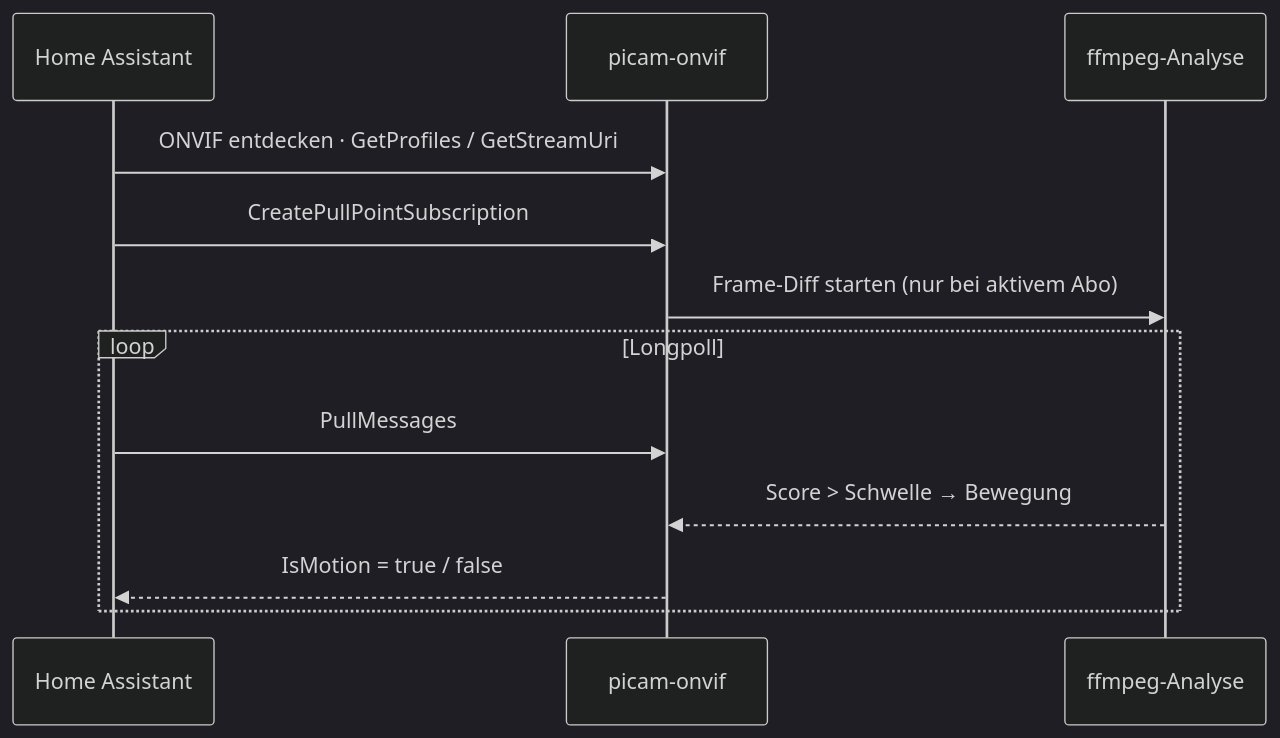
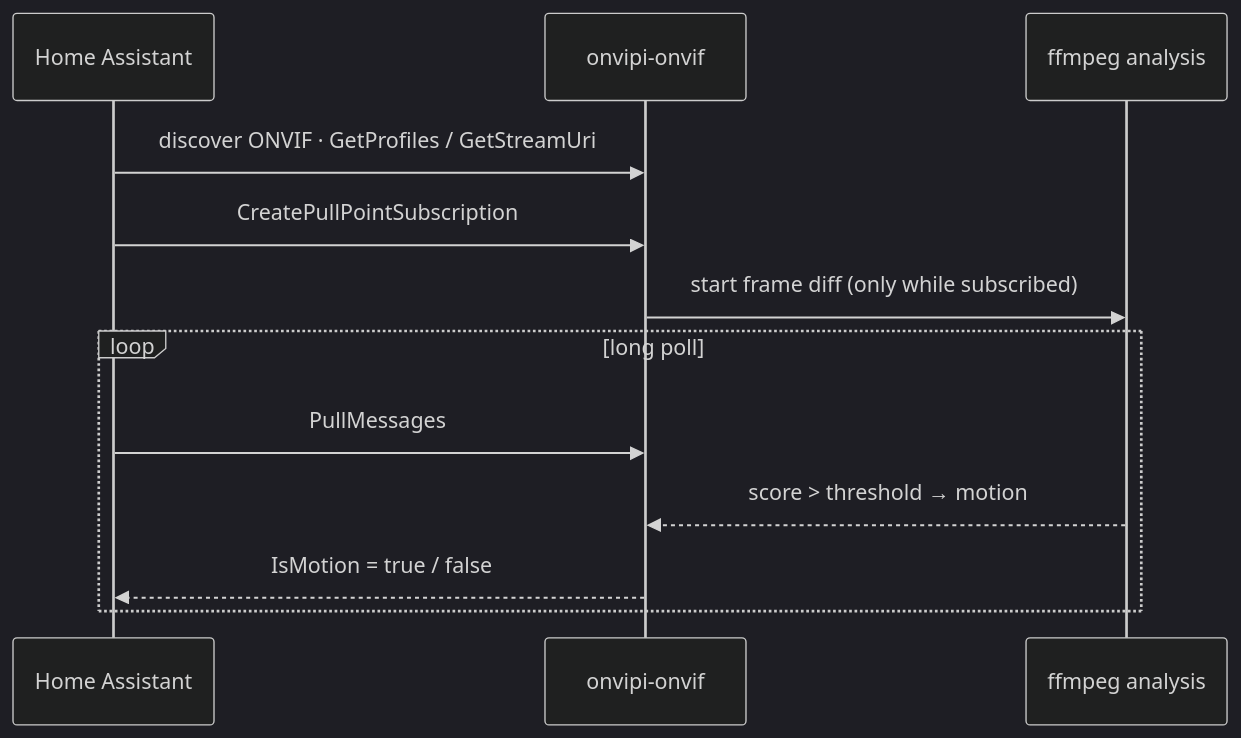
The third of 3 diagrams in README.md (GERGto/OnviPi), drawn with Mermaid (dark theme) before and after one commit. The commit also changed other lines of this file and 38 other files, not shown here.

````diff
--- a/README.md
+++ b/README.md
@@ -237,14 +291,14 @@
 ```mermaid
 sequenceDiagram
   participant HA as Home Assistant
-  participant O as picam-onvif
-  participant F as ffmpeg-Analyse
-  HA->>O: ONVIF entdecken · GetProfiles / GetStreamUri
+  participant O as onvipi-onvif
+  participant F as ffmpeg analysis
+  HA->>O: discover ONVIF · GetProfiles / GetStreamUri
   HA->>O: CreatePullPointSubscription
-  O->>F: Frame-Diff starten (nur bei aktivem Abo)
-  loop Longpoll
+  O->>F: start frame diff (only while subscribed)
+  loop long poll
     HA->>O: PullMessages
-    F-->>O: Score > Schwelle → Bewegung
+    F-->>O: score > threshold → motion
     O-->>HA: IsMotion = true / false
   end
 ```
````
